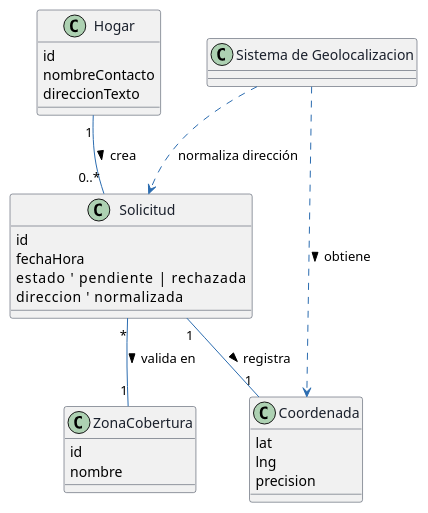
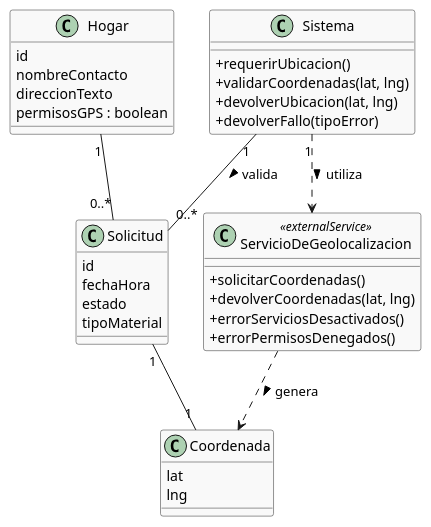
One commit to diss17/proyecto_is1 changed the diagram in 06_ayudantia/EsquemaConceptual_US2.puml. Above: the diagram before and after it, drawn with PlantUML.

Commit message:
Diagrama de clases actualizado

```diff
--- a/06_ayudantia/EsquemaConceptual_US2.puml
+++ b/06_ayudantia/EsquemaConceptual_US2.puml
@@ -1,46 +1,73 @@
 @startuml
-' ===== Aspecto visual opcional =====
 skinparam classAttributeIconSize 0
-skinparam ArrowColor #2b6cb0
-skinparam ClassBorderColor #2d3748
-skinparam ClassFontColor #1a202c
-skinparam DefaultFontName Helvetica
+skinparam class {
+    BackgroundColor #f9f9f9
+    BorderColor #2a2a2a
+    FontName Helvetica
+}
 
-' ===== Entidades del dominio del DSS US2 =====
+' === Clases principales del caso de uso ===
 class Hogar {
   id
   nombreContacto
   direccionTexto
+  permisosGPS : boolean
+}
+
+class Sistema {
+  +requerirUbicacion()
+  +validarCoordenadas(lat, lng)
+  +devolverUbicacion(lat, lng)
+  +devolverFallo(tipoError)
+}
+
+class ServicioDeGeolocalizacion <<externalService>> {
+  +solicitarCoordenadas()
+  +devolverCoordenadas(lat, lng)
+  +errorServiciosDesactivados()
+  +errorPermisosDenegados()
+}
+
+class Coordenada {
+  lat
+  lng
 }
 
 class Solicitud {
   id
   fechaHora
-  estado        ' pendiente | rechazada
-  direccion     ' normalizada
+  estado
+  tipoMaterial
 }
 
-class Coordenada {
-  lat
-  lng
-  precision
-}
+' === Relaciones ===
+Hogar "1" -- "0..*" Solicitud
+Solicitud "1" -- "1" Coordenada
+Sistema "1" ..> ServicioDeGeolocalizacion : utiliza >
+Sistema "1" -- "0..*" Solicitud : valida >
+ServicioDeGeolocalizacion ..> Coordenada : genera >
 
+'Cardinalidades:
+'1. Hogar "1" -- "0..*" Solicitud
+'Un hogar puede generar muchas solicitudes
+'Cada solicitud pertenece a un solo hogar
 
-class ZonaCobertura {
-  id
-  nombre
-}
+'2.  Solicitud "1" -- "1" Coordenada 
+'Cada solicitud tiene exactamente una coordenada
+'Cada coordenada pertenece solo a una solicitud
+'Si hay dos solicitudes de la misma dirección el modelo crea dos objetos 
+'Coordenada distintos, con valores lat y lng iguales
 
+'3. Sistema "1" ..> ServicioDeGeolocalizacion : utiliza >
+' Dependencia -> El sistema utiliza un servicio externo para
+' obtener las coordenadas
 
-' ===== Relaciones (Pertenecientes al DSS) =====
-Hogar "1" -- "0..*" Solicitud : crea >
-Solicitud "1" -- "1" Coordenada : registra >
-' Por el alt del DSS: puede quedar sin zona si está "fuera de cobertura"
-Solicitud "*" -- "1" ZonaCobertura : valida en >
+'4. Sistema "1" -- "0..*" Solicitud : valida >
+' Un sistema puede validar muchas solicitudes (actua como controlador)
+' refleja el DSS
 
-' (Opcional) provienen de un servicio externo
-"Sistema de Geolocalizacion" ..> Coordenada : obtiene >
-"Sistema de Geolocalizacion" ..> Solicitud : normaliza dirección
-}
+'5. ServicioDeGeolocalizacion ..> Coordenada : genera >
+' Dependencia -> genera/retorna coordenadas cuando es invocado
+' solo produce
+
 @enduml
```
